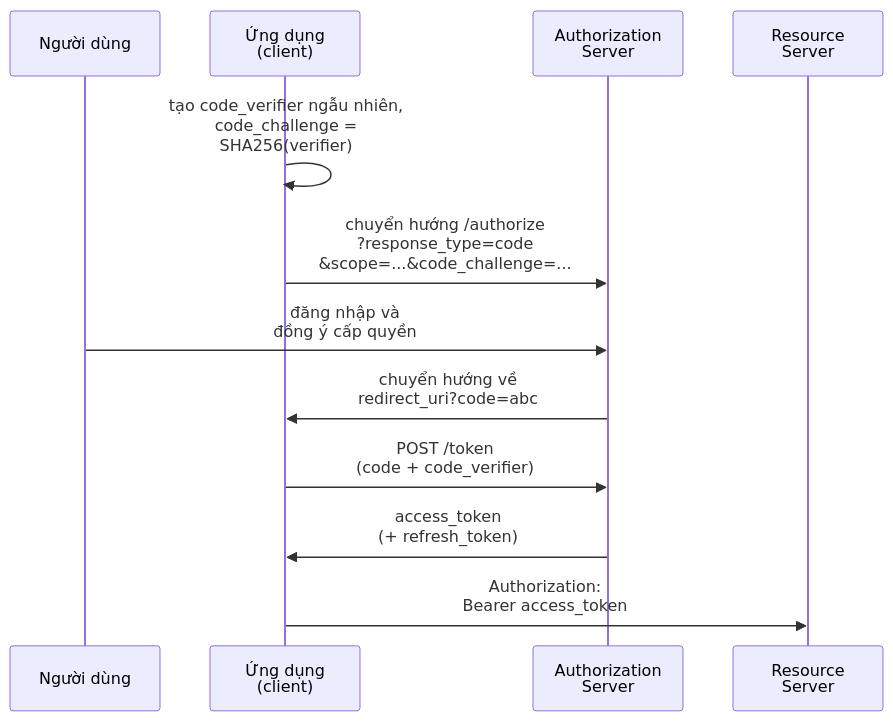
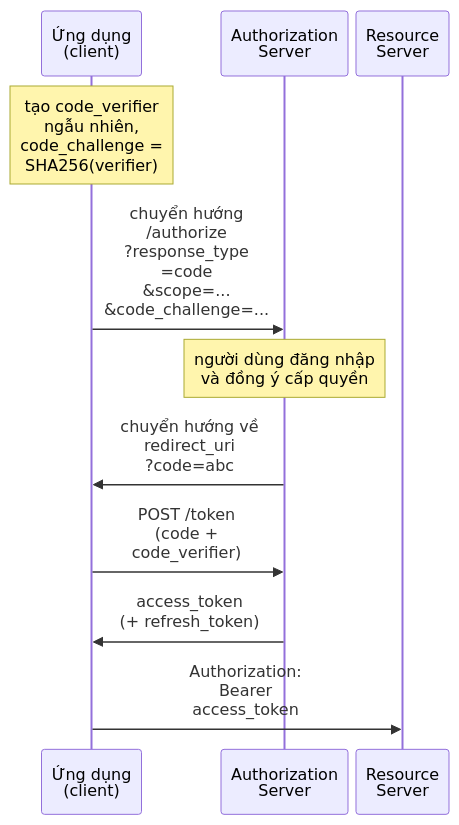
One commit to duongbui234/software-engineering-atlas changed the second of 3 diagrams in content/posts/2026-11-18-api-security.md. Above: the diagram before and after it, drawn with Mermaid. The commit also changed other lines of this file and 134 other files, not shown here.

First line of the commit message:
Fit every Mermaid diagram at 390px without sideways scroll (#56)

````diff
--- a/content/posts/2026-11-18-api-security.md
+++ b/content/posts/2026-11-18-api-security.md
@@ -185,14 +185,14 @@
 ```mermaid
+%%{init: {"sequence": {"width": 90, "actorMargin": 8, "diagramMarginX": 4}}}%%
 sequenceDiagram
-    participant U as Người dùng
     participant App as Ứng dụng<br/>(client)
     participant AS as Authorization<br/>Server
     participant API as Resource<br/>Server
-    App->>App: tạo code_verifier ngẫu nhiên,<br/>code_challenge =<br/>SHA256(verifier)
-    App->>AS: chuyển hướng /authorize<br/>?response_type=code<br/>&scope=...&code_challenge=...
-    U->>AS: đăng nhập và<br/>đồng ý cấp quyền
-    AS->>App: chuyển hướng về<br/>redirect_uri?code=abc
-    App->>AS: POST /token<br/>(code + code_verifier)
+    Note over App: tạo code_verifier<br/>ngẫu nhiên,<br/>code_challenge =<br/>SHA256(verifier)
+    App->>AS: chuyển hướng<br/>/authorize<br/>?response_type<br/>=code<br/>&scope=...<br/>&code_challenge=...
+    Note over AS: người dùng đăng nhập<br/>và đồng ý cấp quyền
+    AS->>App: chuyển hướng về<br/>redirect_uri<br/>?code=abc
+    App->>AS: POST /token<br/>(code +<br/>code_verifier)
     AS->>App: access_token<br/>(+ refresh_token)
-    App->>API: Authorization:<br/>Bearer access_token
+    App->>API: Authorization:<br/>Bearer<br/>access_token
 ```
````
